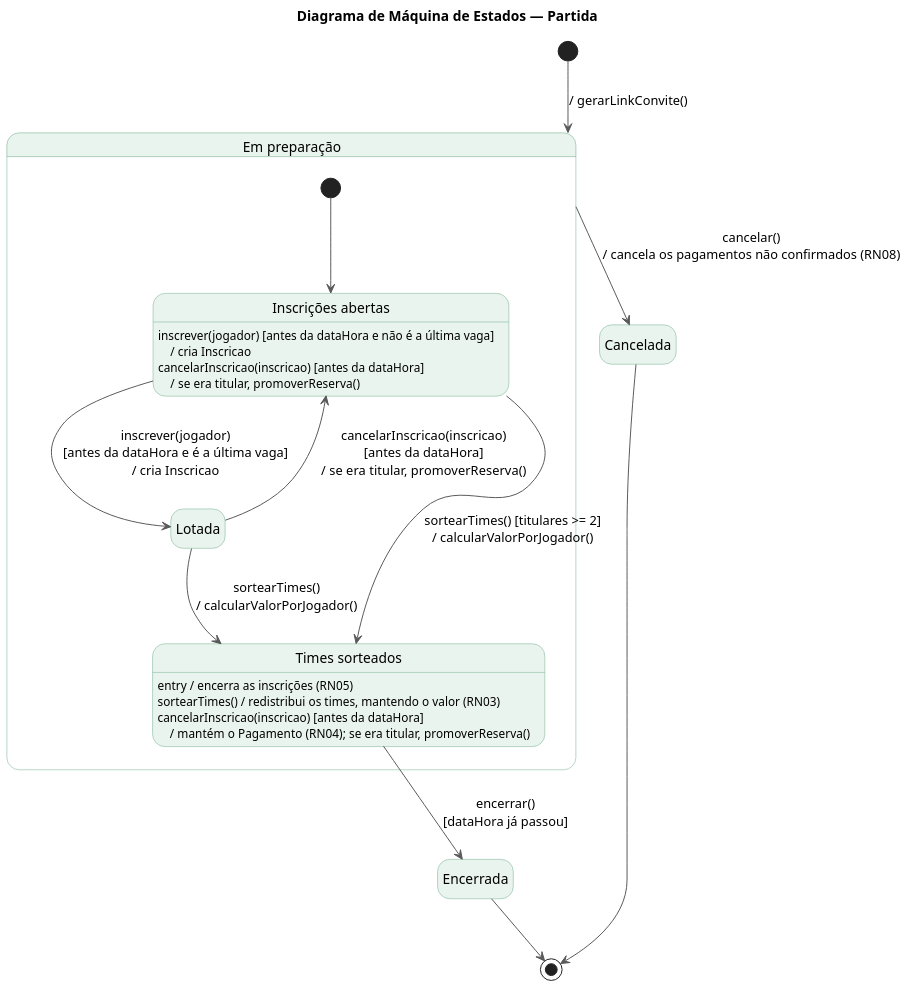
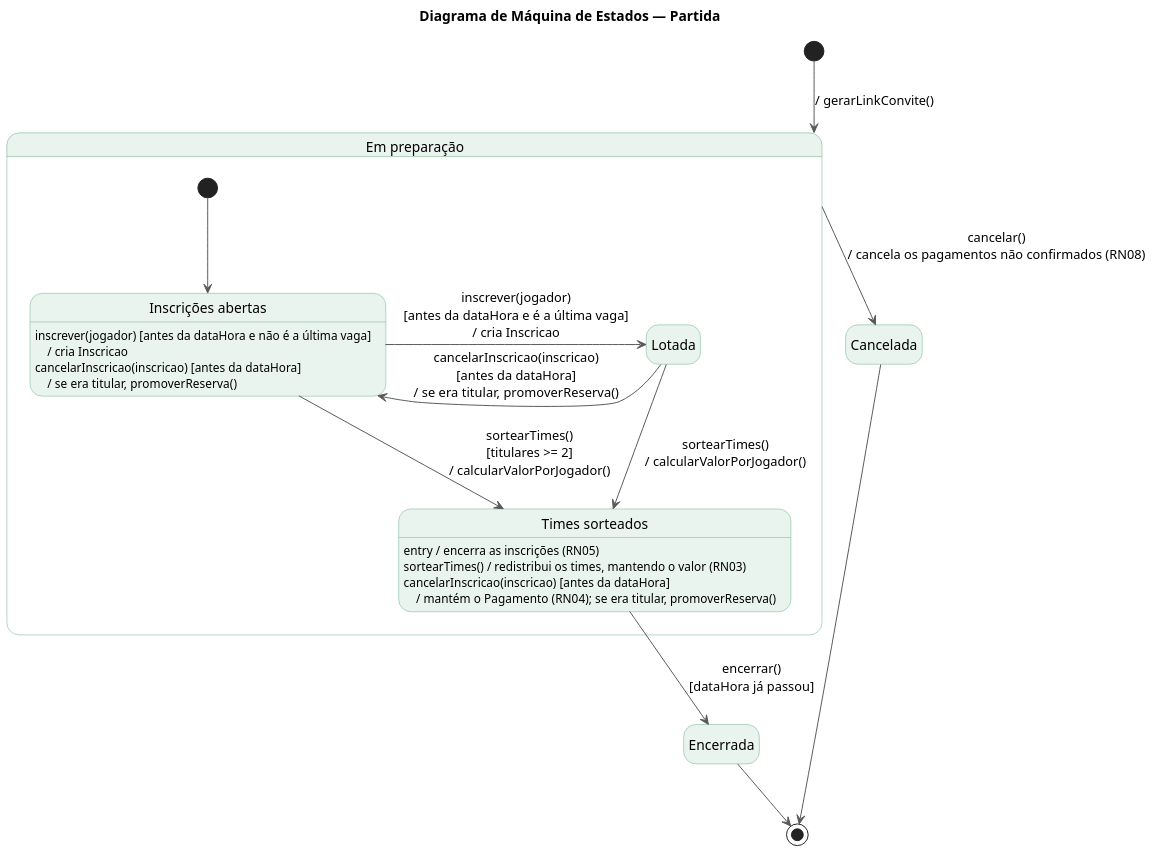
One commit to VictorAndreon/Organizador-futebol-amador changed the diagram in diagramas/maquina_estados_partida.puml. Above: the diagram before and after it, drawn with PlantUML. The commit also changed 15 other files, not shown here.

```diff
--- a/diagramas/maquina_estados_partida.puml
+++ b/diagramas/maquina_estados_partida.puml
@@ -1,44 +1,53 @@
 @startuml maquina_estados_partida
 title Diagrama de Máquina de Estados — Partida
 
 skinparam dpi 150
+skinparam shadowing false
 hide empty description
 skinparam ArrowColor #58595B
 skinparam state {
   BackgroundColor #EAF4EE
   BorderColor #6FAE8C
   StartColor #58595B
   EndColor #58595B
 }
+skinparam state<<pad>> {
+  BackgroundColor transparent
+  BorderColor transparent
+  FontColor transparent
+}
+hide stereotype
 
 [*] --> Preparacao : / gerarLinkConvite()
 
 state "Em preparação" as Preparacao {
   state "Inscrições abertas" as Abertas
   state "Lotada" as Lotada
   state "Times sorteados" as Sorteados
+  state "espaco" as Pad <<pad>>
 
   Abertas : inscrever(jogador) [antes da dataHora e não é a última vaga]\n    / cria Inscricao
   Abertas : cancelarInscricao(inscricao) [antes da dataHora]\n    / se era titular, promoverReserva()
 
   Sorteados : entry / encerra as inscrições (RN05)
   Sorteados : sortearTimes() / redistribui os times, mantendo o valor (RN03)
   Sorteados : cancelarInscricao(inscricao) [antes da dataHora]\n    / mantém o Pagamento (RN04); se era titular, promoverReserva()
 
   [*] --> Abertas
-  Abertas --> Lotada : inscrever(jogador)\n[antes da dataHora e é a última vaga]\n/ cria Inscricao
-  Lotada --> Abertas : cancelarInscricao(inscricao)\n[antes da dataHora]\n/ se era titular, promoverReserva()
-  Abertas --> Sorteados : sortearTimes() [titulares >= 2]\n/ calcularValorPorJogador()
+  Abertas --> Sorteados : sortearTimes()\n[titulares >= 2]\n/ calcularValorPorJogador()
+  Abertas -right-> Lotada : inscrever(jogador)\n[antes da dataHora e é a última vaga]\n/ cria Inscricao
+  Lotada -left-> Abertas : cancelarInscricao(inscricao)\n[antes da dataHora]\n/ se era titular, promoverReserva()
+  Lotada -[hidden]right-> Pad
   Lotada --> Sorteados : sortearTimes()\n/ calcularValorPorJogador()
 }
 
 state "Encerrada" as Encerrada
 state "Cancelada" as Cancelada
 
 Sorteados --> Encerrada : encerrar()\n[dataHora já passou]
 Preparacao --> Cancelada : cancelar()\n/ cancela os pagamentos não confirmados (RN08)
 
 Encerrada --> [*]
 Cancelada --> [*]
 
 @enduml
```
